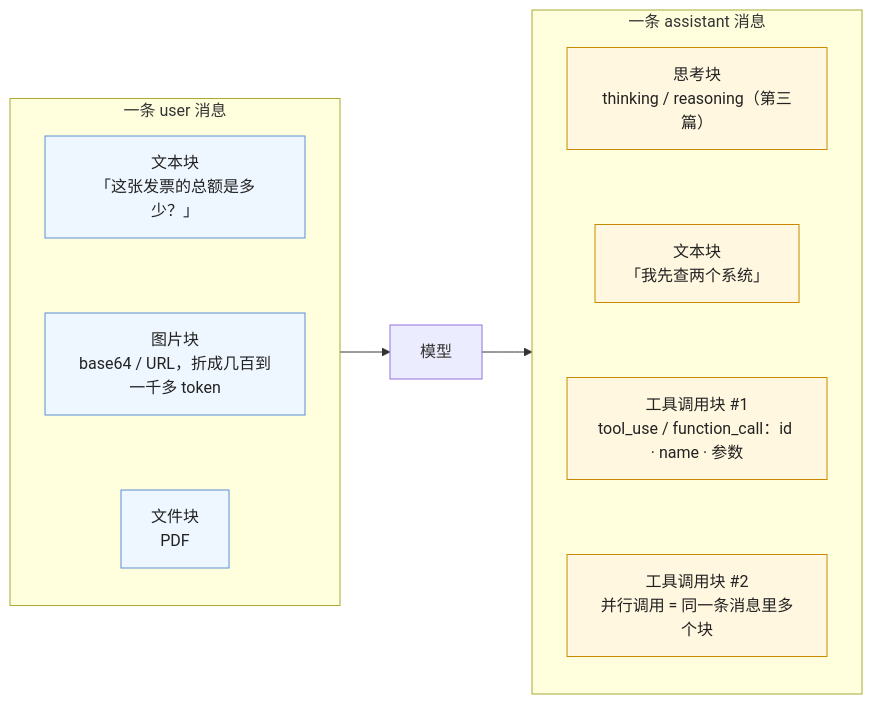
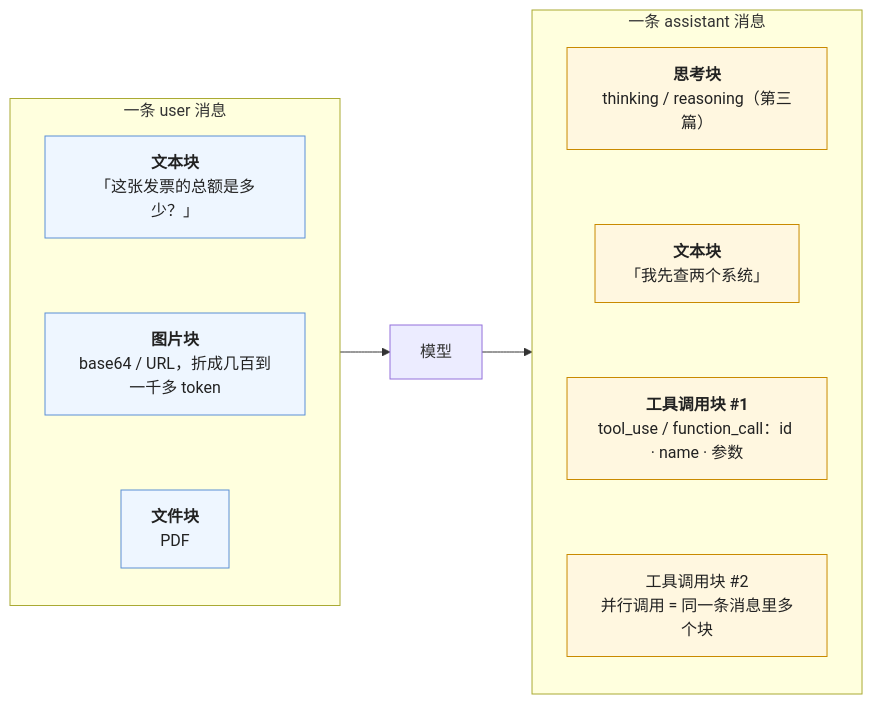
One commit to arganzheng/arganzheng.github.com changed the first of 6 diagrams in _posts/2026-09-30-llm-api-contract-messages-tools-structured-output-and-streaming.md. Above: the diagram before and after it, drawn with Mermaid. The commit also changed other lines of this file and 6 other files, not shown here.

First line of the commit message:
模型作为组件：契约、失效模式与选型：Mermaid 多行方框的首行标为标题（7 篇）

````diff
--- a/_posts/2026-09-30-llm-api-contract-messages-tools-structured-output-and-streaming.md
+++ b/_posts/2026-09-30-llm-api-contract-messages-tools-structured-output-and-streaming.md
@@ -59,17 +59,17 @@
 ```mermaid
 %% 图：一条消息的 content 是块的列表——输入侧可以混放文本、图片、文件块，输出侧一条 assistant 消息可以同时含文本、多个工具调用块和思考块；四家只是块的名字不同
 flowchart LR
     subgraph IN["一条 user 消息"]
         direction TB
-        I1["文本块<br/>「这张发票的总额是多少？」"] ~~~ I2["图片块<br/>base64 / URL，折成几百到一千多 token"] ~~~ I3["文件块<br/>PDF"]
+        I1["<b>文本块</b><br/>「这张发票的总额是多少？」"] ~~~ I2["<b>图片块</b><br/>base64 / URL，折成几百到一千多 token"] ~~~ I3["<b>文件块</b><br/>PDF"]
     end
     subgraph OUT["一条 assistant 消息"]
         direction TB
-        O1["思考块<br/>thinking / reasoning（第三篇）"] ~~~ O2["文本块<br/>「我先查两个系统」"] ~~~ O3["工具调用块 #1<br/>tool_use / function_call：id · name · 参数"] ~~~ O4["工具调用块 #2<br/>并行调用 = 同一条消息里多个块"]
+        O1["<b>思考块</b><br/>thinking / reasoning（第三篇）"] ~~~ O2["<b>文本块</b><br/>「我先查两个系统」"] ~~~ O3["<b>工具调用块 #1</b><br/>tool_use / function_call：id · name · 参数"] ~~~ O4["工具调用块 #2<br/>并行调用 = 同一条消息里多个块"]
     end
     IN --> M["模型"] --> OUT
     classDef in fill:#eef6ff,stroke:#5b8fd6,color:#222
     classDef out fill:#fff7e0,stroke:#c98a00,color:#222
     class I1,I2,I3 in
     class O1,O2,O3,O4 out
 ```
````
